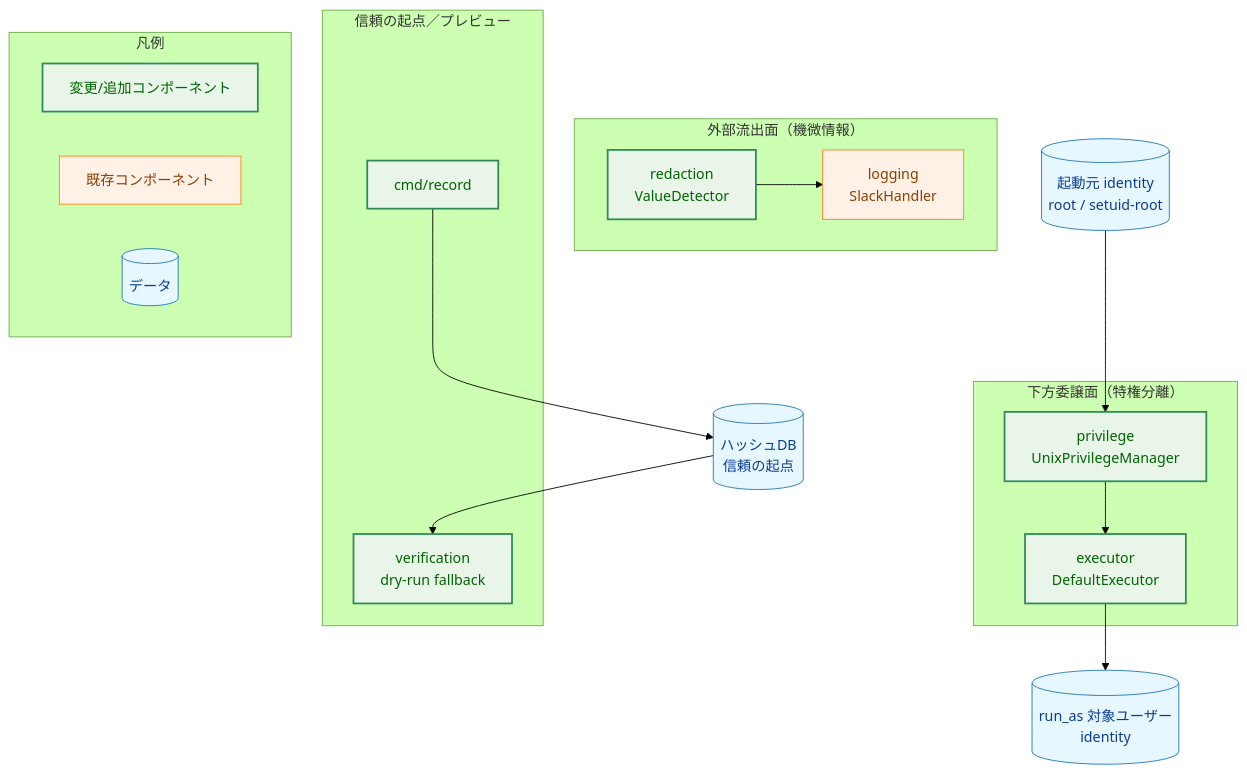
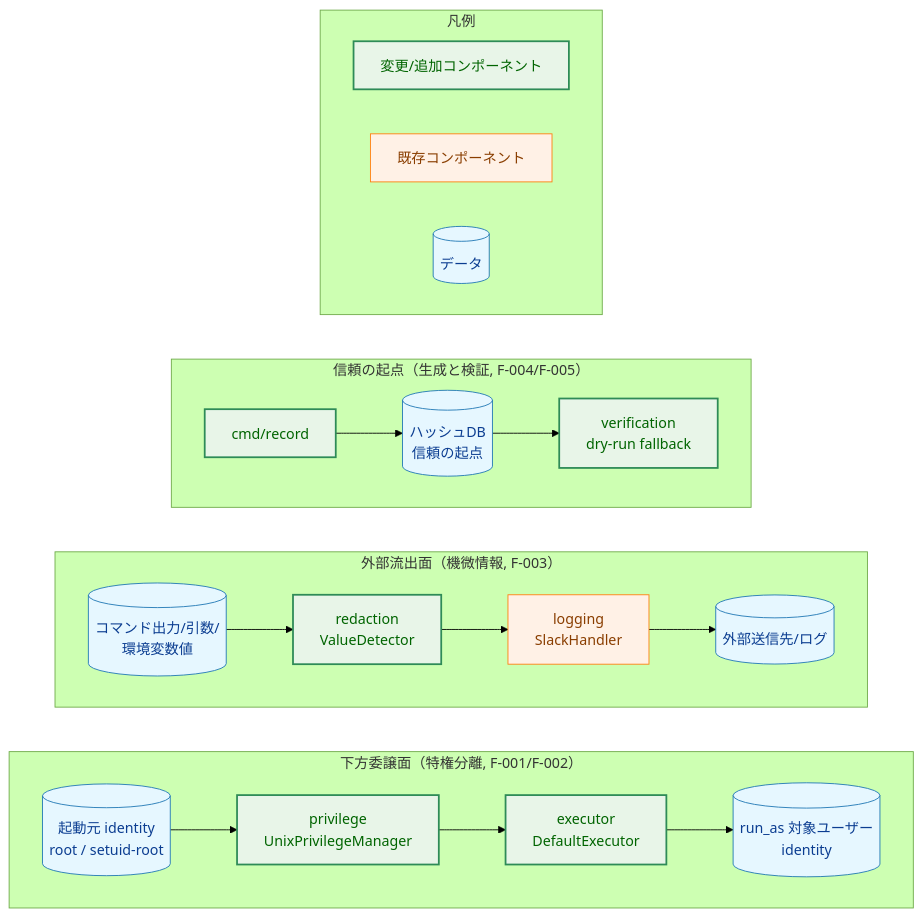
Before and after one commit to isseis/go-safe-cmd-runner: the first of 8 diagrams in docs/tasks/0146_security_hardning/02_architecture.md, drawn with Mermaid (forest theme). The commit also changed other lines of this file and 1 other file, not shown here.

First line of the commit message:
docs: drop record permission-bypass flag; fail-closed unconditionally (task 0146)

````diff
--- a/docs/tasks/0146_security_hardning/02_architecture.md
+++ b/docs/tasks/0146_security_hardning/02_architecture.md
@@ -47,39 +58,32 @@
 ```mermaid
-flowchart TB
+flowchart LR
     classDef process fill:#fff1e6,stroke:#ff7f0e,stroke-width:1px,color:#8a3e00;
     classDef enhanced fill:#e8f5e8,stroke:#2e8b57,stroke-width:2px,color:#006400;
     classDef data fill:#e6f7ff,stroke:#1f77b4,stroke-width:1px,color:#0b3d91;
 
-    subgraph Down["下方委譲面（特権分離）"]
-        P1["privilege<br>UnixPrivilegeManager"]
-        E1["executor<br>DefaultExecutor"]
+    subgraph Down["下方委譲面（特権分離, F-001/F-002）"]
+        direction LR
+        ROOT[("起動元 identity<br>root / setuid-root")] --> P1["privilege<br>UnixPrivilegeManager"] --> E1["executor<br>DefaultExecutor"] --> TARGET[("run_as 対象ユーザー<br>identity")]
     end
 
-    subgraph Out["外部流出面（機微情報）"]
-        R1["redaction<br>ValueDetector"]
-        S1["logging<br>SlackHandler"]
+    subgraph Out["外部流出面（機微情報, F-003）"]
+        direction LR
+        OUTSRC[("コマンド出力/引数/<br>環境変数値")] --> R1["redaction<br>ValueDetector"] --> S1["logging<br>SlackHandler"] --> SINK[("外部送信先/ログ")]
     end
 
-    subgraph Trust["信頼の起点／プレビュー"]
-        REC["cmd/record"]
-        VER["verification<br>dry-run fallback"]
+    subgraph Trust["信頼の起点（生成と検証, F-004/F-005）"]
+        direction LR
+        REC["cmd/record"] --> HDB[("ハッシュDB<br>信頼の起点")] --> VER["verification<br>dry-run fallback"]
     end
-
-    ROOT[("起動元 identity<br>root / setuid-root")] --> P1
-    P1 --> E1
-    E1 --> TARGET[("run_as 対象ユーザー<br>identity")]
-    R1 --> S1
-    REC --> HDB[("ハッシュDB<br>信頼の起点")]
-    HDB --> VER
 
     class P1,E1,R1,REC,VER enhanced
     class S1 process
-    class ROOT,TARGET,HDB data
+    class ROOT,TARGET,OUTSRC,SINK,HDB data
 
-    %% Legend
     subgraph Legend["凡例"]
+        direction LR
         L1["変更/追加コンポーネント"]:::enhanced
         L2["既存コンポーネント"]:::process
         L3[("データ")]:::data
     end
 ```
````
